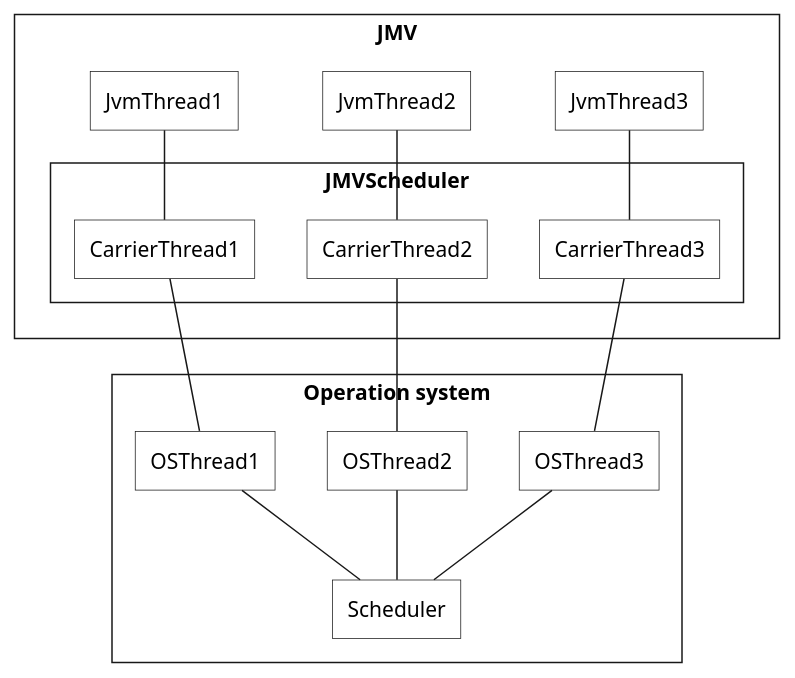
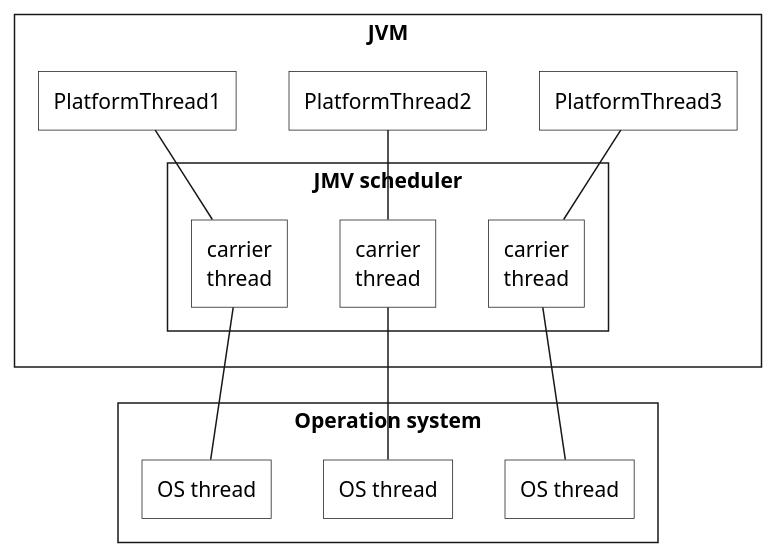
The diagram in images/virtual_threads.puml (ti-cortex-m4/demo-java-virtual-threads2), drawn with PlantUML before and after one commit. The commit also changed 2 other files, not shown here.

```diff
--- a/images/virtual_threads.puml
+++ b/images/virtual_threads.puml
@@ -1,43 +1,37 @@
 @startuml
 
 skinparam {
     defaultTextAlignment center
     roundCorner 0
     CardBackgroundColor transparent
     RectangleBackgroundColor transparent
     RectangleFontName Source Sans Pro
 }
 
-rectangle JMV {
-  rectangle JvmThread1
-  rectangle JvmThread2
-  rectangle JvmThread3
+rectangle JVM {
+  rectangle PlatformThread1
+  rectangle PlatformThread2
+  rectangle PlatformThread3
 
-  rectangle JMVScheduler {
-    rectangle CarrierThread1
-    rectangle CarrierThread2
-    rectangle CarrierThread3
+  rectangle "JMV scheduler" {
+    rectangle "сarrier\nthread" as CarrierThread1
+    rectangle "сarrier\nthread" as CarrierThread2
+    rectangle "сarrier\nthread" as CarrierThread3
   }
 }
 
 rectangle "Operation system" {
-  rectangle OSThread1
-  rectangle OSThread2
-  rectangle OSThread3
-
-  rectangle Scheduler
-
-  Scheduler -up- OSThread1
-  Scheduler -up- OSThread2
-  Scheduler -up- OSThread3
+  rectangle "OS thread" as OsThread1
+  rectangle "OS thread" as OsThread2
+  rectangle "OS thread" as OsThread3
 }
 
-  OSThread1 -up- CarrierThread1
-  OSThread2 -up- CarrierThread2
-  OSThread3 -up- CarrierThread3
+OsThread1 -up- CarrierThread1
+OsThread2 -up- CarrierThread2
+OsThread3 -up- CarrierThread3
 
-  CarrierThread1 -up- JvmThread1
-  CarrierThread2 -up- JvmThread2
-  CarrierThread3 -up- JvmThread3
+CarrierThread1 -up- PlatformThread1
+CarrierThread2 -up- PlatformThread2
+CarrierThread3 -up- PlatformThread3
 
 @enduml
```
